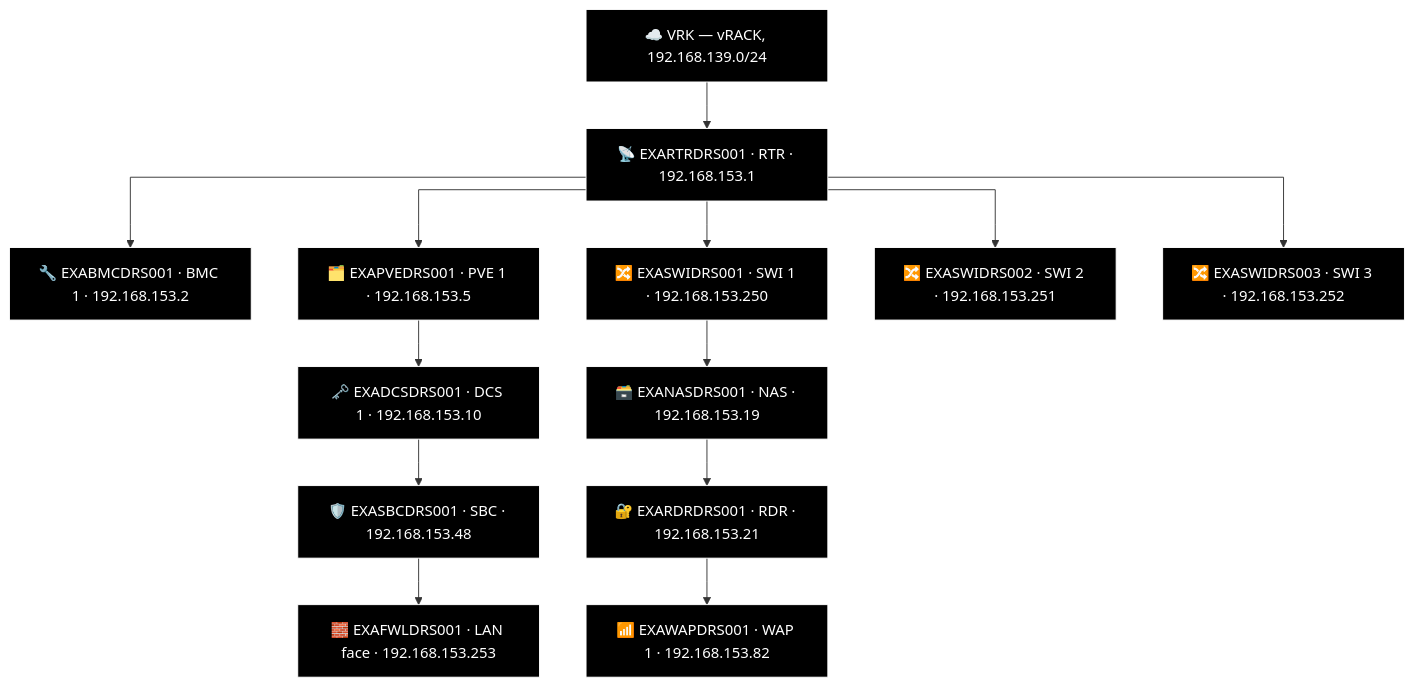
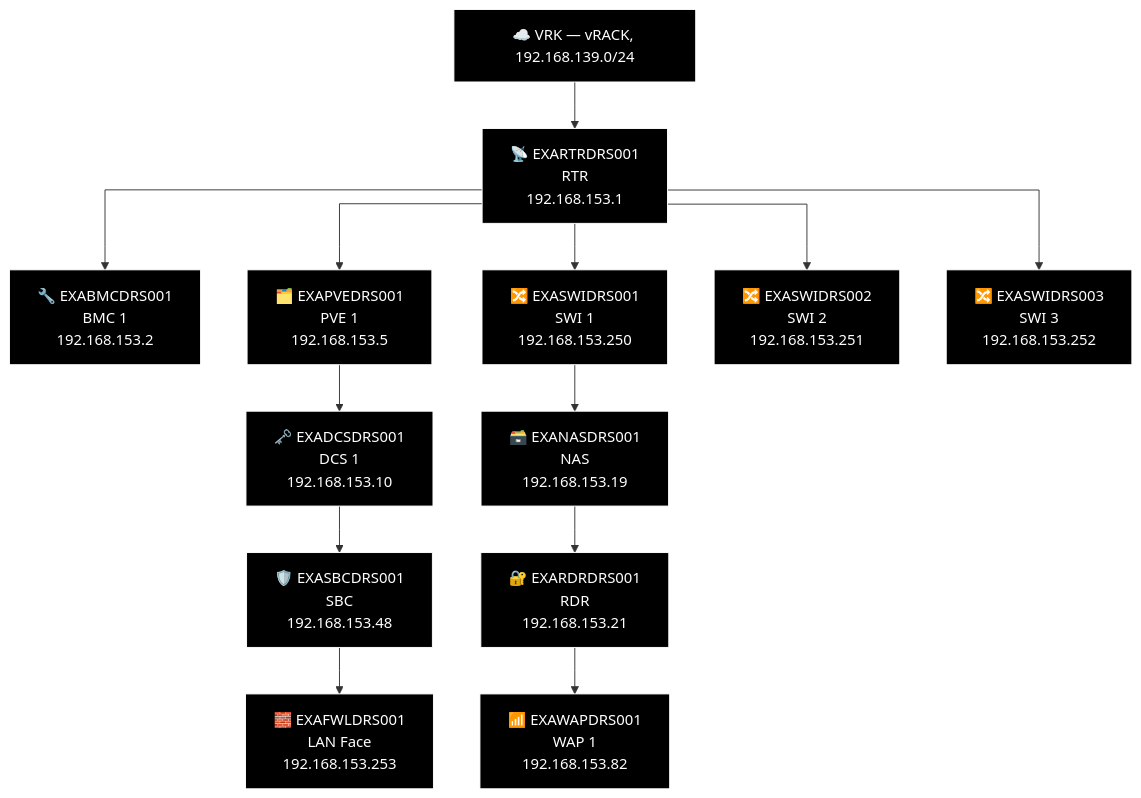
One commit to knightmare2600/example_music_infra changed the eighth of 10 diagrams in docs/network-diagram/deutschland.md. Above: the diagram before and after it, drawn with Mermaid. The commit also changed other lines of this file and 18 other files, not shown here.

````diff
--- a/docs/network-diagram/deutschland.md
+++ b/docs/network-diagram/deutschland.md
@@ -300,40 +300,40 @@
 ```mermaid
 %% GENERATED:TOPOLOGY:DRS:START
 %%{init: {'flowchart': {'curve': 'stepAfter'}}}%%
 graph TD
     T_VRK["☁️ VRK — vRACK, 192.168.139.0/24"]
-    T_RTR["📡 EXARTRDRS001 · RTR · 192.168.153.1"]
+    T_RTR["📡 EXARTRDRS001<br/>RTR<br/>192.168.153.1"]
     T_VRK --> T_RTR
-    T_BMC["🔧 EXABMCDRS001 · BMC 1 · 192.168.153.2"]
+    T_BMC["🔧 EXABMCDRS001<br/>BMC 1<br/>192.168.153.2"]
     T_RTR --> T_BMC
-    T_PVE["🗂️ EXAPVEDRS001 · PVE 1 · 192.168.153.5"]
+    T_PVE["🗂️ EXAPVEDRS001<br/>PVE 1<br/>192.168.153.5"]
     T_RTR --> T_PVE
-    T_SWI["🔀 EXASWIDRS001 · SWI 1 · 192.168.153.250"]
+    T_SWI["🔀 EXASWIDRS001<br/>SWI 1<br/>192.168.153.250"]
     T_RTR --> T_SWI
-    T_SWI2["🔀 EXASWIDRS002 · SWI 2 · 192.168.153.251"]
+    T_SWI2["🔀 EXASWIDRS002<br/>SWI 2<br/>192.168.153.251"]
     T_RTR --> T_SWI2
-    T_SWI3["🔀 EXASWIDRS003 · SWI 3 · 192.168.153.252"]
+    T_SWI3["🔀 EXASWIDRS003<br/>SWI 3<br/>192.168.153.252"]
     T_RTR --> T_SWI3
-    T_NAS["🗃️ EXANASDRS001 · NAS · 192.168.153.19"]
-    T_RDR["🔐 EXARDRDRS001 · RDR · 192.168.153.21"]
-    T_WAP["📶 EXAWAPDRS001 · WAP 1 · 192.168.153.82"]
+    T_NAS["🗃️ EXANASDRS001<br/>NAS<br/>192.168.153.19"]
+    T_RDR["🔐 EXARDRDRS001<br/>RDR<br/>192.168.153.21"]
+    T_WAP["📶 EXAWAPDRS001<br/>WAP 1<br/>192.168.153.82"]
     T_SWI --> T_NAS --> T_RDR --> T_WAP
-    T_DCS["🗝️ EXADCSDRS001 · DCS 1 · 192.168.153.10"]
-    T_SBC["🛡️ EXASBCDRS001 · SBC · 192.168.153.48"]
-    T_FWL["🧱 EXAFWLDRS001 · LAN face · 192.168.153.253"]
+    T_DCS["🗝️ EXADCSDRS001<br/>DCS 1<br/>192.168.153.10"]
+    T_SBC["🛡️ EXASBCDRS001<br/>SBC<br/>192.168.153.48"]
+    T_FWL["🧱 EXAFWLDRS001<br/>LAN Face<br/>192.168.153.253"]
     T_PVE --> T_DCS --> T_SBC --> T_FWL
     style T_VRK fill:#000000,stroke:#FFFFFF,color:#FFFFFF
     style T_RTR fill:#000000,stroke:#FFFFFF,color:#FFFFFF
     style T_BMC fill:#000000,stroke:#FFFFFF,color:#FFFFFF
     style T_PVE fill:#000000,stroke:#FFFFFF,color:#FFFFFF
     style T_SWI fill:#000000,stroke:#FFFFFF,color:#FFFFFF
     style T_SWI2 fill:#000000,stroke:#FFFFFF,color:#FFFFFF
     style T_SWI3 fill:#000000,stroke:#FFFFFF,color:#FFFFFF
     style T_NAS fill:#000000,stroke:#FFFFFF,color:#FFFFFF
     style T_RDR fill:#000000,stroke:#FFFFFF,color:#FFFFFF
     style T_WAP fill:#000000,stroke:#FFFFFF,color:#FFFFFF
     style T_DCS fill:#000000,stroke:#FFFFFF,color:#FFFFFF
     style T_SBC fill:#000000,stroke:#FFFFFF,color:#FFFFFF
     style T_FWL fill:#000000,stroke:#FFFFFF,color:#FFFFFF
 %% GENERATED:TOPOLOGY:DRS:END
 ```
````
